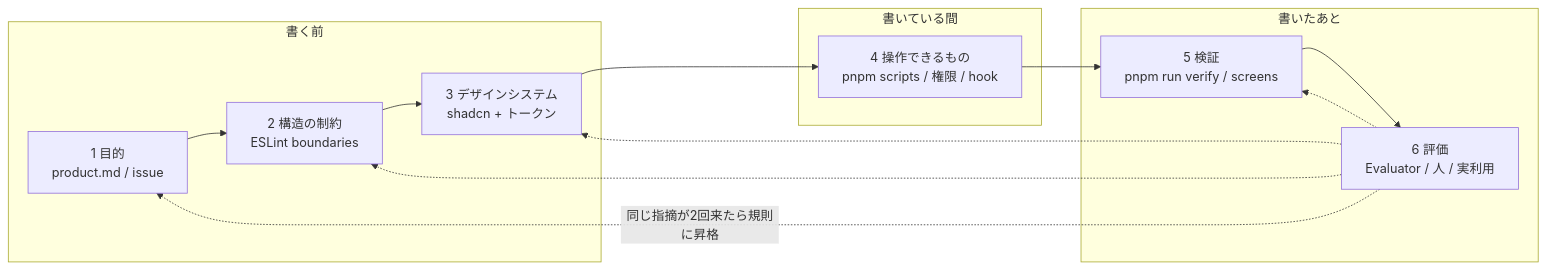
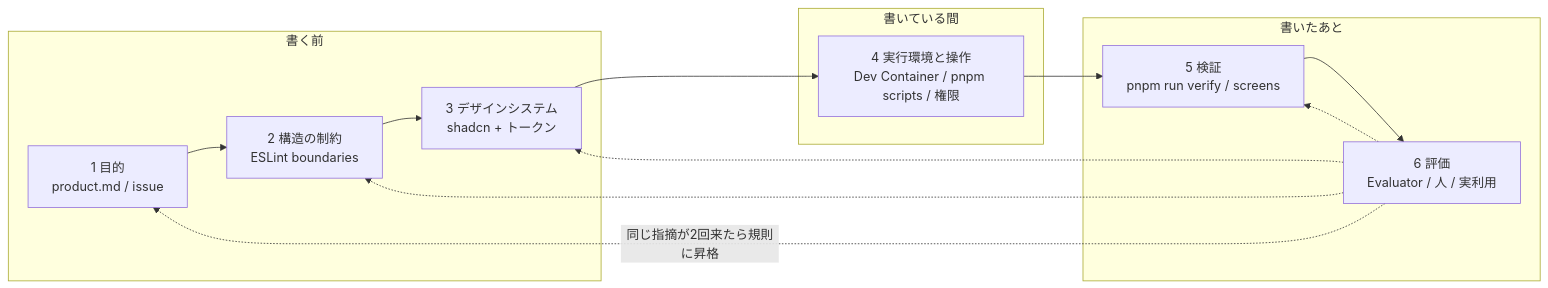
The first of 3 diagrams in docs/harness.md (Atoyr/keiba-note), drawn with Mermaid before and after one commit. The commit also changed other lines of this file and 7 other files, not shown here.

Commit message:
feat: Dev Container で開発ランタイムを共有

````diff
--- a/docs/harness.md
+++ b/docs/harness.md
@@ -54,20 +55,20 @@
 ```mermaid
 flowchart LR
     subgraph before["書く前"]
         L1["1 目的<br/>product.md / issue"]
         L2["2 構造の制約<br/>ESLint boundaries"]
         L3["3 デザインシステム<br/>shadcn + トークン"]
     end
     subgraph during["書いている間"]
-        L4["4 操作できるもの<br/>pnpm scripts / 権限 / hook"]
+        L4["4 実行環境と操作<br/>Dev Container / pnpm scripts / 権限"]
     end
     subgraph after["書いたあと"]
         L5["5 検証<br/>pnpm run verify / screens"]
         L6["6 評価<br/>Evaluator / 人 / 実利用"]
     end
     L1 --> L2 --> L3 --> L4 --> L5 --> L6
     L6 -. "同じ指摘が2回来たら規則に昇格" .-> L1
     L6 -.-> L2
     L6 -.-> L3
     L6 -.-> L5
 ```
````
